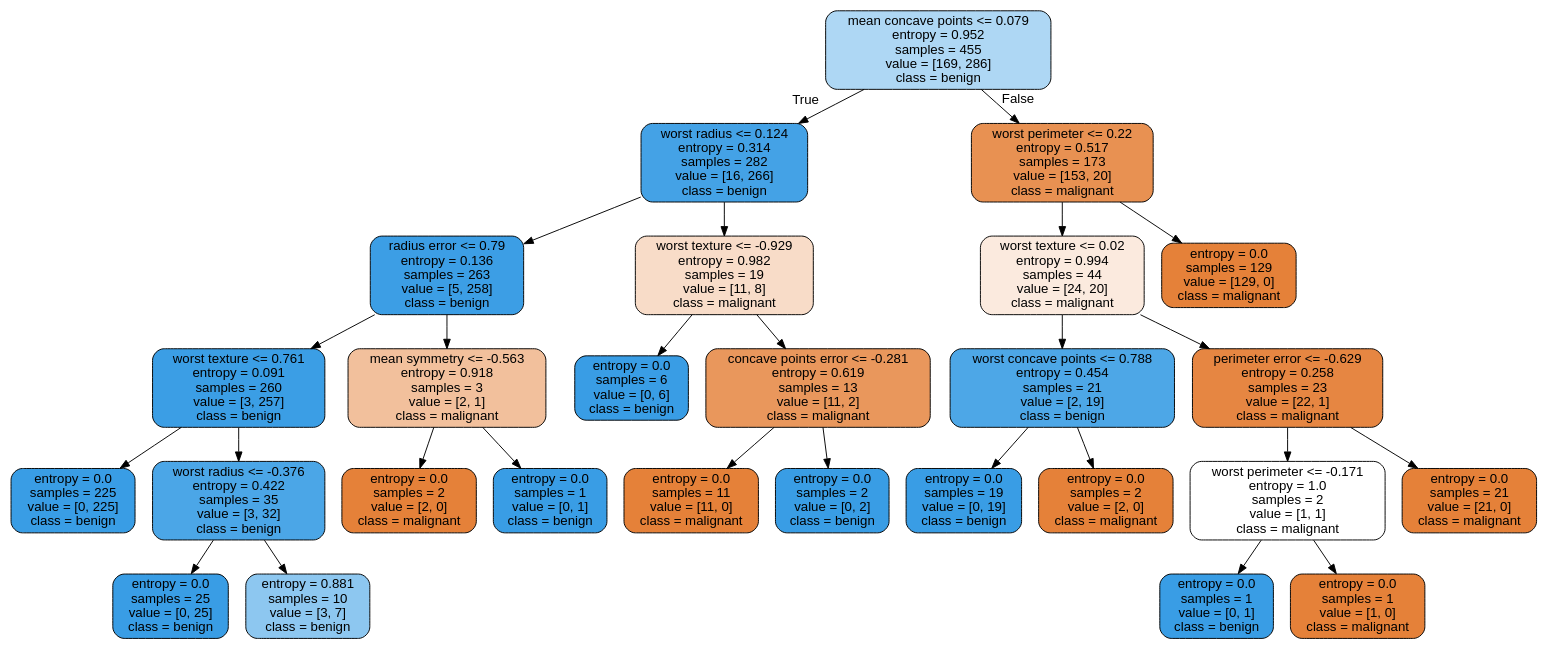
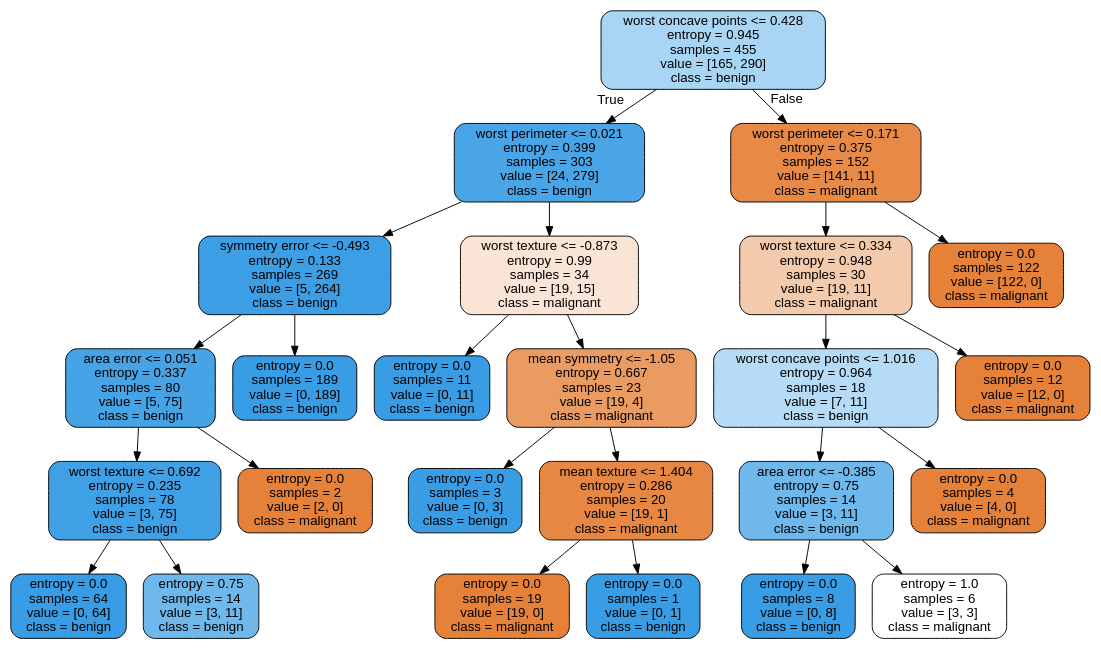
One commit to ahadimuhsin/credit-card-fraud-detection changed the diagram in tree_breast_cancer.dot. Above: the diagram before and after it, drawn with Graphviz. The commit also changed 18 other files, not shown here.

```diff
--- a/tree_breast_cancer.dot
+++ b/tree_breast_cancer.dot
@@ -1,57 +1,53 @@
 digraph Tree {
 node [shape=box, style="filled, rounded", color="black", fontname=helvetica] ;
 edge [fontname=helvetica] ;
-0 [label="mean concave points <= 0.079\nentropy = 0.952\nsamples = 455\nvalue = [169, 286]\nclass = benign", fillcolor="#399de568"] ;
-1 [label="worst radius <= 0.124\nentropy = 0.314\nsamples = 282\nvalue = [16, 266]\nclass = benign", fillcolor="#399de5f0"] ;
+0 [label="worst concave points <= 0.428\nentropy = 0.945\nsamples = 455\nvalue = [165, 290]\nclass = benign", fillcolor="#399de56e"] ;
+1 [label="worst perimeter <= 0.021\nentropy = 0.399\nsamples = 303\nvalue = [24, 279]\nclass = benign", fillcolor="#399de5e9"] ;
 0 -> 1 [labeldistance=2.5, labelangle=45, headlabel="True"] ;
-2 [label="radius error <= 0.79\nentropy = 0.136\nsamples = 263\nvalue = [5, 258]\nclass = benign", fillcolor="#399de5fa"] ;
+2 [label="symmetry error <= -0.493\nentropy = 0.133\nsamples = 269\nvalue = [5, 264]\nclass = benign", fillcolor="#399de5fa"] ;
 1 -> 2 ;
-3 [label="worst texture <= 0.761\nentropy = 0.091\nsamples = 260\nvalue = [3, 257]\nclass = benign", fillcolor="#399de5fc"] ;
+3 [label="area error <= 0.051\nentropy = 0.337\nsamples = 80\nvalue = [5, 75]\nclass = benign", fillcolor="#399de5ee"] ;
 2 -> 3 ;
-4 [label="entropy = 0.0\nsamples = 225\nvalue = [0, 225]\nclass = benign", fillcolor="#399de5ff"] ;
+4 [label="worst texture <= 0.692\nentropy = 0.235\nsamples = 78\nvalue = [3, 75]\nclass = benign", fillcolor="#399de5f5"] ;
 3 -> 4 ;
-5 [label="worst radius <= -0.376\nentropy = 0.422\nsamples = 35\nvalue = [3, 32]\nclass = benign", fillcolor="#399de5e7"] ;
-3 -> 5 ;
-6 [label="entropy = 0.0\nsamples = 25\nvalue = [0, 25]\nclass = benign", fillcolor="#399de5ff"] ;
-5 -> 6 ;
-7 [label="entropy = 0.881\nsamples = 10\nvalue = [3, 7]\nclass = benign", fillcolor="#399de592"] ;
-5 -> 7 ;
-8 [label="mean symmetry <= -0.563\nentropy = 0.918\nsamples = 3\nvalue = [2, 1]\nclass = malignant", fillcolor="#e581397f"] ;
+5 [label="entropy = 0.0\nsamples = 64\nvalue = [0, 64]\nclass = benign", fillcolor="#399de5ff"] ;
+4 -> 5 ;
+6 [label="entropy = 0.75\nsamples = 14\nvalue = [3, 11]\nclass = benign", fillcolor="#399de5b9"] ;
+4 -> 6 ;
+7 [label="entropy = 0.0\nsamples = 2\nvalue = [2, 0]\nclass = malignant", fillcolor="#e58139ff"] ;
+3 -> 7 ;
+8 [label="entropy = 0.0\nsamples = 189\nvalue = [0, 189]\nclass = benign", fillcolor="#399de5ff"] ;
 2 -> 8 ;
-9 [label="entropy = 0.0\nsamples = 2\nvalue = [2, 0]\nclass = malignant", fillcolor="#e58139ff"] ;
-8 -> 9 ;
-10 [label="entropy = 0.0\nsamples = 1\nvalue = [0, 1]\nclass = benign", fillcolor="#399de5ff"] ;
-8 -> 10 ;
-11 [label="worst texture <= -0.929\nentropy = 0.982\nsamples = 19\nvalue = [11, 8]\nclass = malignant", fillcolor="#e5813946"] ;
-1 -> 11 ;
-12 [label="entropy = 0.0\nsamples = 6\nvalue = [0, 6]\nclass = benign", fillcolor="#399de5ff"] ;
+9 [label="worst texture <= -0.873\nentropy = 0.99\nsamples = 34\nvalue = [19, 15]\nclass = malignant", fillcolor="#e5813936"] ;
+1 -> 9 ;
+10 [label="entropy = 0.0\nsamples = 11\nvalue = [0, 11]\nclass = benign", fillcolor="#399de5ff"] ;
+9 -> 10 ;
+11 [label="mean symmetry <= -1.05\nentropy = 0.667\nsamples = 23\nvalue = [19, 4]\nclass = malignant", fillcolor="#e58139c9"] ;
+9 -> 11 ;
+12 [label="entropy = 0.0\nsamples = 3\nvalue = [0, 3]\nclass = benign", fillcolor="#399de5ff"] ;
 11 -> 12 ;
-13 [label="concave points error <= -0.281\nentropy = 0.619\nsamples = 13\nvalue = [11, 2]\nclass = malignant", fillcolor="#e58139d1"] ;
+13 [label="mean texture <= 1.404\nentropy = 0.286\nsamples = 20\nvalue = [19, 1]\nclass = malignant", fillcolor="#e58139f2"] ;
 11 -> 13 ;
-14 [label="entropy = 0.0\nsamples = 11\nvalue = [11, 0]\nclass = malignant", fillcolor="#e58139ff"] ;
+14 [label="entropy = 0.0\nsamples = 19\nvalue = [19, 0]\nclass = malignant", fillcolor="#e58139ff"] ;
 13 -> 14 ;
-15 [label="entropy = 0.0\nsamples = 2\nvalue = [0, 2]\nclass = benign", fillcolor="#399de5ff"] ;
+15 [label="entropy = 0.0\nsamples = 1\nvalue = [0, 1]\nclass = benign", fillcolor="#399de5ff"] ;
 13 -> 15 ;
-16 [label="worst perimeter <= 0.22\nentropy = 0.517\nsamples = 173\nvalue = [153, 20]\nclass = malignant", fillcolor="#e58139de"] ;
+16 [label="worst perimeter <= 0.171\nentropy = 0.375\nsamples = 152\nvalue = [141, 11]\nclass = malignant", fillcolor="#e58139eb"] ;
 0 -> 16 [labeldistance=2.5, labelangle=-45, headlabel="False"] ;
-17 [label="worst texture <= 0.02\nentropy = 0.994\nsamples = 44\nvalue = [24, 20]\nclass = malignant", fillcolor="#e581392a"] ;
+17 [label="worst texture <= 0.334\nentropy = 0.948\nsamples = 30\nvalue = [19, 11]\nclass = malignant", fillcolor="#e581396b"] ;
 16 -> 17 ;
-18 [label="worst concave points <= 0.788\nentropy = 0.454\nsamples = 21\nvalue = [2, 19]\nclass = benign", fillcolor="#399de5e4"] ;
+18 [label="worst concave points <= 1.016\nentropy = 0.964\nsamples = 18\nvalue = [7, 11]\nclass = benign", fillcolor="#399de55d"] ;
 17 -> 18 ;
-19 [label="entropy = 0.0\nsamples = 19\nvalue = [0, 19]\nclass = benign", fillcolor="#399de5ff"] ;
+19 [label="area error <= -0.385\nentropy = 0.75\nsamples = 14\nvalue = [3, 11]\nclass = benign", fillcolor="#399de5b9"] ;
 18 -> 19 ;
-20 [label="entropy = 0.0\nsamples = 2\nvalue = [2, 0]\nclass = malignant", fillcolor="#e58139ff"] ;
-18 -> 20 ;
-21 [label="perimeter error <= -0.629\nentropy = 0.258\nsamples = 23\nvalue = [22, 1]\nclass = malignant", fillcolor="#e58139f3"] ;
-17 -> 21 ;
-22 [label="worst perimeter <= -0.171\nentropy = 1.0\nsamples = 2\nvalue = [1, 1]\nclass = malignant", fillcolor="#e5813900"] ;
-21 -> 22 ;
-23 [label="entropy = 0.0\nsamples = 1\nvalue = [0, 1]\nclass = benign", fillcolor="#399de5ff"] ;
-22 -> 23 ;
-24 [label="entropy = 0.0\nsamples = 1\nvalue = [1, 0]\nclass = malignant", fillcolor="#e58139ff"] ;
-22 -> 24 ;
-25 [label="entropy = 0.0\nsamples = 21\nvalue = [21, 0]\nclass = malignant", fillcolor="#e58139ff"] ;
-21 -> 25 ;
-26 [label="entropy = 0.0\nsamples = 129\nvalue = [129, 0]\nclass = malignant", fillcolor="#e58139ff"] ;
-16 -> 26 ;
+20 [label="entropy = 0.0\nsamples = 8\nvalue = [0, 8]\nclass = benign", fillcolor="#399de5ff"] ;
+19 -> 20 ;
+21 [label="entropy = 1.0\nsamples = 6\nvalue = [3, 3]\nclass = malignant", fillcolor="#e5813900"] ;
+19 -> 21 ;
+22 [label="entropy = 0.0\nsamples = 4\nvalue = [4, 0]\nclass = malignant", fillcolor="#e58139ff"] ;
+18 -> 22 ;
+23 [label="entropy = 0.0\nsamples = 12\nvalue = [12, 0]\nclass = malignant", fillcolor="#e58139ff"] ;
+17 -> 23 ;
+24 [label="entropy = 0.0\nsamples = 122\nvalue = [122, 0]\nclass = malignant", fillcolor="#e58139ff"] ;
+16 -> 24 ;
 }
```
